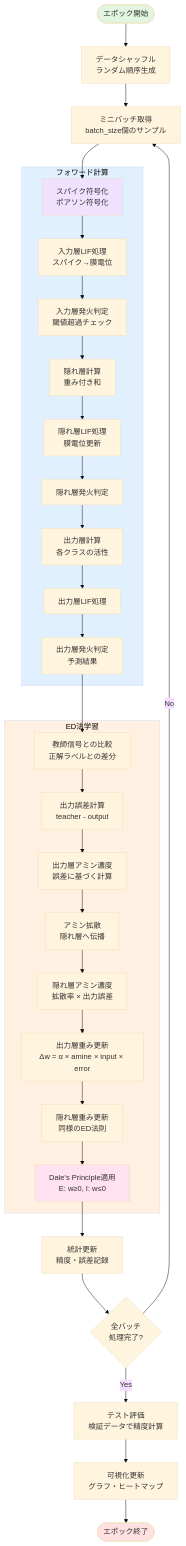
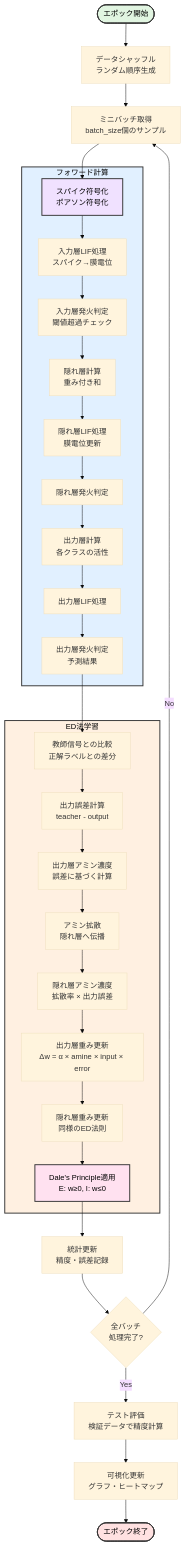
The third of 3 diagrams in README_simple.md (yoiwa0714/ed_multi_snn), drawn with Mermaid (base theme) before and after one commit. The commit also changed other lines of this file, not shown here.

First line of the commit message:
docs: improve diagram text contrast in README_simple.md

````diff
--- a/README_simple.md
+++ b/README_simple.md
@@ -198,47 +198,47 @@
 ```mermaid
 flowchart TD
     Start([エポック開始]) --> ShuffleData[データシャッフル<br/>ランダム順序生成]
     
     ShuffleData --> GetBatch[ミニバッチ取得<br/>batch_size個のサンプル]
     
     GetBatch --> SpikeEncode[スパイク符号化<br/>ポアソン符号化]
     
     subgraph Forward["フォワード計算"]
         SpikeEncode --> InputLIF[入力層LIF処理<br/>スパイク→膜電位]
         InputLIF --> InputFire[入力層発火判定<br/>閾値超過チェック]
         InputFire --> HiddenCalc[隠れ層計算<br/>重み付き和]
         HiddenCalc --> HiddenLIF[隠れ層LIF処理<br/>膜電位更新]
         HiddenLIF --> HiddenFire[隠れ層発火判定]
         HiddenFire --> OutputCalc[出力層計算<br/>各クラスの活性]
         OutputCalc --> OutputLIF[出力層LIF処理]
         OutputLIF --> OutputFire[出力層発火判定<br/>予測結果]
     end
     
     OutputFire --> CompareTeacher[教師信号との比較<br/>正解ラベルとの差分]
     
     subgraph Learning["ED法学習"]
         CompareTeacher --> CalcOutputError[出力誤差計算<br/>teacher - output]
         CalcOutputError --> OutputAmine[出力層アミン濃度<br/>誤差に基づく計算]
         OutputAmine --> DiffuseAmine[アミン拡散<br/>隠れ層へ伝播]
         DiffuseAmine --> HiddenAmine[隠れ層アミン濃度<br/>拡散率 × 出力誤差]
         HiddenAmine --> UpdateOutputW[出力層重み更新<br/>Δw = α × amine × input × error]
         UpdateOutputW --> UpdateHiddenW[隠れ層重み更新<br/>同様のED法則]
         UpdateHiddenW --> ApplyDale[Dale's Principle適用<br/>E: w≥0, I: w≤0]
     end
     
     ApplyDale --> UpdateStats[統計更新<br/>精度・誤差記録]
     
     UpdateStats --> CheckBatch{全バッチ<br/>処理完了?}
     CheckBatch -->|No| GetBatch
     CheckBatch -->|Yes| TestEval[テスト評価<br/>検証データで精度計算]
     
     TestEval --> UpdateViz[可視化更新<br/>グラフ・ヒートマップ]
     UpdateViz --> End([エポック終了])
     
-    style Forward fill:#e1f0ff
-    style Learning fill:#fff0e1
-    style Start fill:#e1f5e1
-    style End fill:#ffe1e1
-    style SpikeEncode fill:#f0e1ff
-    style ApplyDale fill:#ffe1f0
+    style Forward fill:#e1f0ff,stroke:#333,stroke-width:2px,color:#000
+    style Learning fill:#fff0e1,stroke:#333,stroke-width:2px,color:#000
+    style Start fill:#e1f5e1,stroke:#333,stroke-width:2px,color:#000
+    style End fill:#ffe1e1,stroke:#333,stroke-width:2px,color:#000
+    style SpikeEncode fill:#f0e1ff,stroke:#333,stroke-width:2px,color:#000
+    style ApplyDale fill:#ffe1f0,stroke:#333,stroke-width:2px,color:#000
 ```
````
